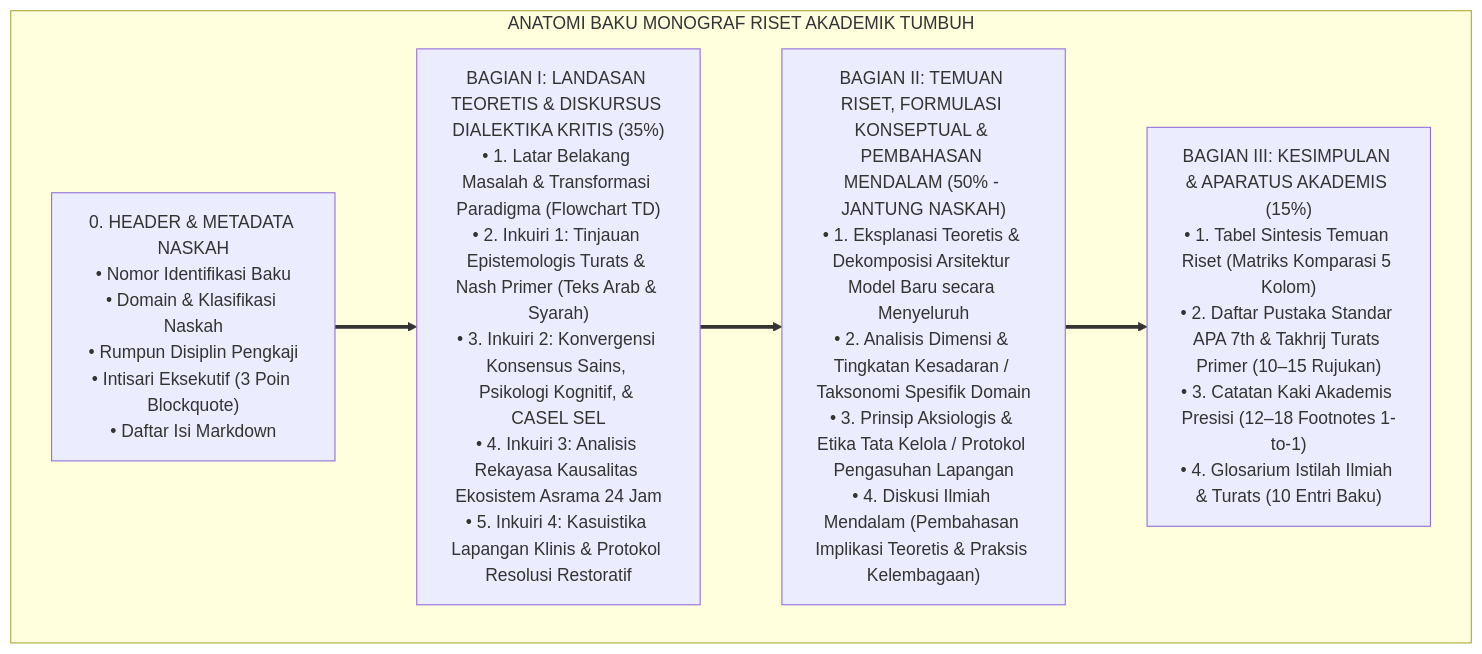
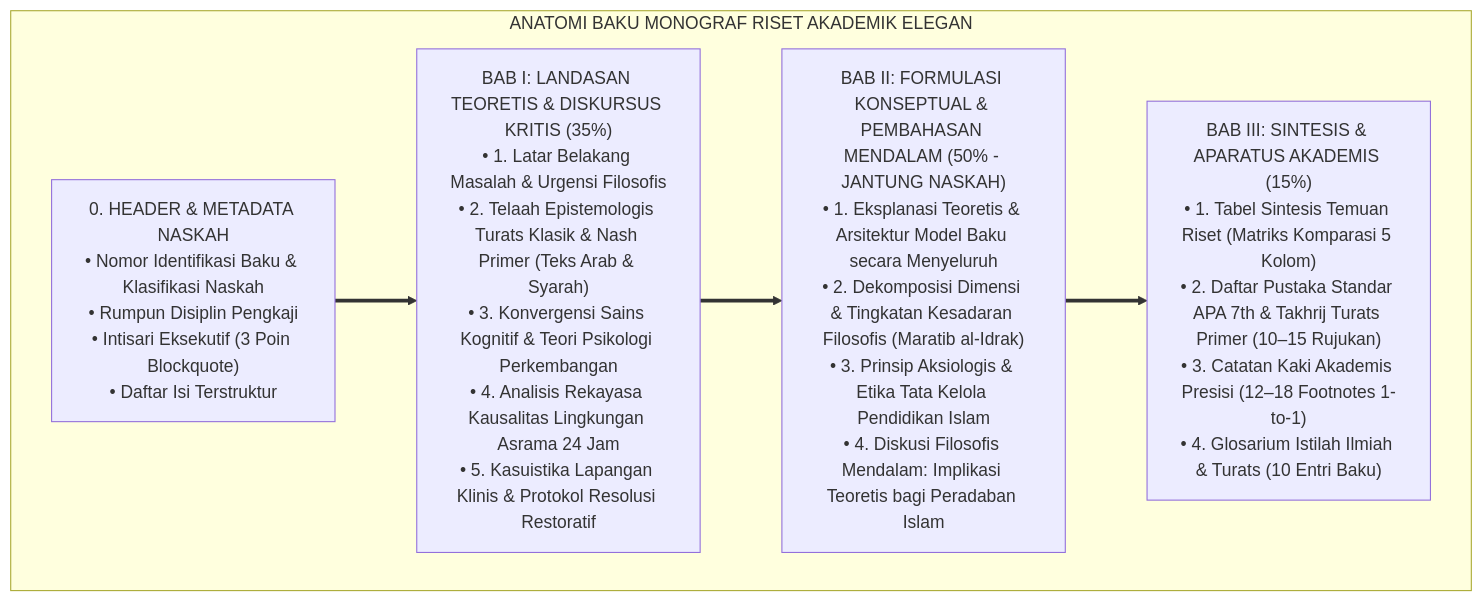
The second of 2 diagrams in METHODOLOGY/Workflow-Isi-Penelitian-dan-Struktur-Monograf-Baku.md (wandiapriliyandi/tumbuh), drawn with Mermaid before and after one commit. The commit also changed other lines of this file and 7 other files, not shown here.

Commit message:
style(monograph): standarisasi sub-bab tematik mengalir alami (menghapus label inkuiri) & penyempurnaan format monograf akademis elegan

````diff
--- a/METHODOLOGY/Workflow-Isi-Penelitian-dan-Struktur-Monograf-Baku.md
+++ b/METHODOLOGY/Workflow-Isi-Penelitian-dan-Struktur-Monograf-Baku.md
@@ -76,14 +67,14 @@
 ```mermaid
 flowchart TD
-    subgraph AnatomiMonografTUMBUH["ANATOMI BAKU MONOGRAF RISET AKADEMIK TUMBUH"]
-        Header["0. HEADER & METADATA NASKAH<br/>• Nomor Identifikasi Baku<br/>• Domain & Klasifikasi Naskah<br/>• Rumpun Disiplin Pengkaji<br/>• Intisari Eksekutif (3 Poin Blockquote)<br/>• Daftar Isi Markdown"]
+    subgraph AnatomiMonografTUMBUH["ANATOMI BAKU MONOGRAF RISET AKADEMIK ELEGAN"]
+        Header["0. HEADER & METADATA NASKAH<br/>• Nomor Identifikasi Baku & Klasifikasi Naskah<br/>• Rumpun Disiplin Pengkaji<br/>• Intisari Eksekutif (3 Poin Blockquote)<br/>• Daftar Isi Terstruktur"]
         
-        Bagian1["BAGIAN I: LANDASAN TEORETIS & DISKURSUS DIALEKTIKA KRITIS (35%)<br/>• 1. Latar Belakang Masalah & Transformasi Paradigma (Flowchart TD)<br/>• 2. Inkuiri 1: Tinjauan Epistemologis Turats & Nash Primer (Teks Arab & Syarah)<br/>• 3. Inkuiri 2: Konvergensi Konsensus Sains, Psikologi Kognitif, & CASEL SEL<br/>• 4. Inkuiri 3: Analisis Rekayasa Kausalitas Ekosistem Asrama 24 Jam<br/>• 5. Inkuiri 4: Kasuistika Lapangan Klinis & Protokol Resolusi Restoratif"]
+        Bab1["BAB I: LANDASAN TEORETIS & DISKURSUS KRITIS (35%)<br/>• 1. Latar Belakang Masalah & Urgensi Filosofis<br/>• 2. Telaah Epistemologis Turats Klasik & Nash Primer (Teks Arab & Syarah)<br/>• 3. Konvergensi Sains Kognitif & Teori Psikologi Perkembangan<br/>• 4. Analisis Rekayasa Kausalitas Lingkungan Asrama 24 Jam<br/>• 5. Kasuistika Lapangan Klinis & Protokol Resolusi Restoratif"]
         
-        Bagian2["BAGIAN II: TEMUAN RISET, FORMULASI KONSEPTUAL & PEMBAHASAN MENDALAM (50% - JANTUNG NASKAH)<br/>• 1. Eksplanasi Teoretis & Dekomposisi Arsitektur Model Baru secara Menyeluruh<br/>• 2. Analisis Dimensi & Tingkatan Kesadaran / Taksonomi Spesifik Domain<br/>• 3. Prinsip Aksiologis & Etika Tata Kelola / Protokol Pengasuhan Lapangan<br/>• 4. Diskusi Ilmiah Mendalam (Pembahasan Implikasi Teoretis & Praksis Kelembagaan)"]
+        Bab2["BAB II: FORMULASI KONSEPTUAL & PEMBAHASAN MENDALAM (50% - JANTUNG NASKAH)<br/>• 1. Eksplanasi Teoretis & Arsitektur Model Baku secara Menyeluruh<br/>• 2. Dekomposisi Dimensi & Tingkatan Kesadaran Filosofis (Maratib al-Idrak)<br/>• 3. Prinsip Aksiologis & Etika Tata Kelola Pendidikan Islam<br/>• 4. Diskusi Filosofis Mendalam: Implikasi Teoretis bagi Peradaban Islam"]
         
-        Bagian3["BAGIAN III: KESIMPULAN & APARATUS AKADEMIS (15%)<br/>• 1. Tabel Sintesis Temuan Riset (Matriks Komparasi 5 Kolom)<br/>• 2. Daftar Pustaka Standar APA 7th & Takhrij Turats Primer (10–15 Rujukan)<br/>• 3. Catatan Kaki Akademis Presisi (12–18 Footnotes 1-to-1)<br/>• 4. Glosarium Istilah Ilmiah & Turats (10 Entri Baku)"]
+        Bab3["BAB III: SINTESIS & APARATUS AKADEMIS (15%)<br/>• 1. Tabel Sintesis Temuan Riset (Matriks Komparasi 5 Kolom)<br/>• 2. Daftar Pustaka Standar APA 7th & Takhrij Turats Primer (10–15 Rujukan)<br/>• 3. Catatan Kaki Akademis Presisi (12–18 Footnotes 1-to-1)<br/>• 4. Glosarium Istilah Ilmiah & Turats (10 Entri Baku)"]
         
-        Header ==> Bagian1 ==> Bagian2 ==> Bagian3
+        Header ==> Bab1 ==> Bab2 ==> Bab3
     end
 ```
````
